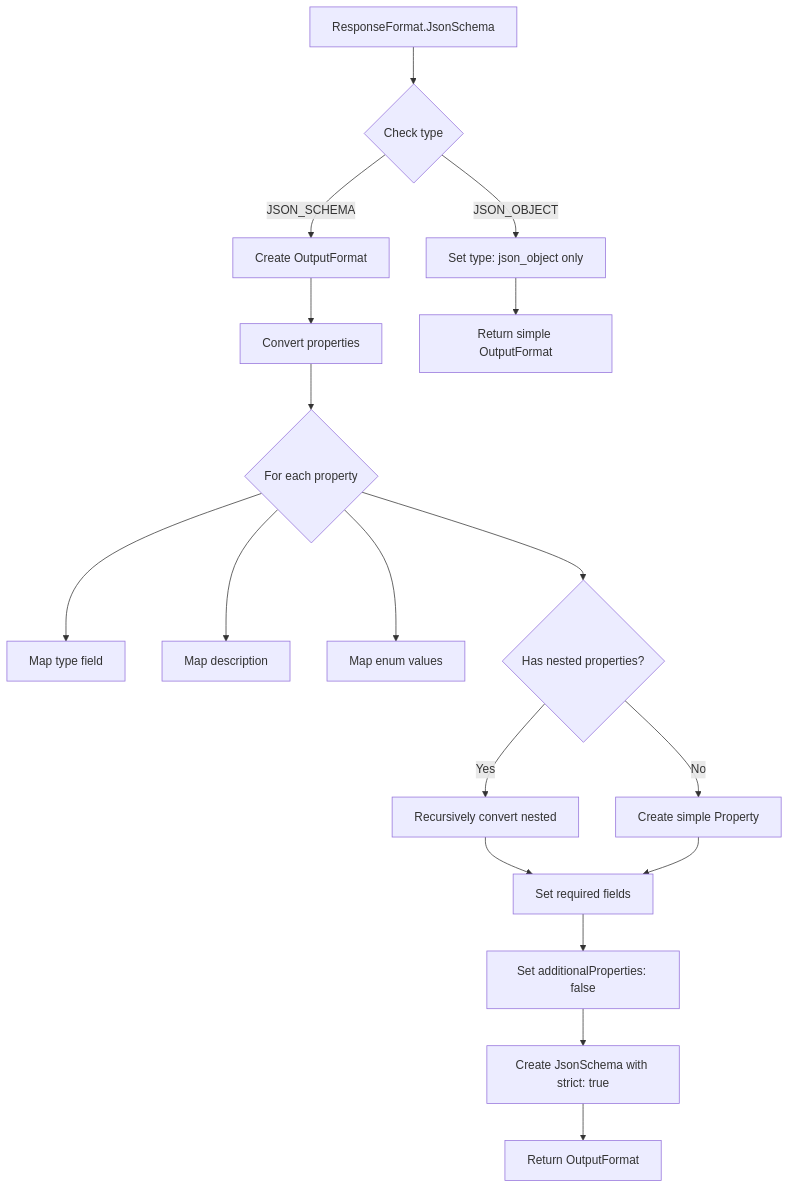
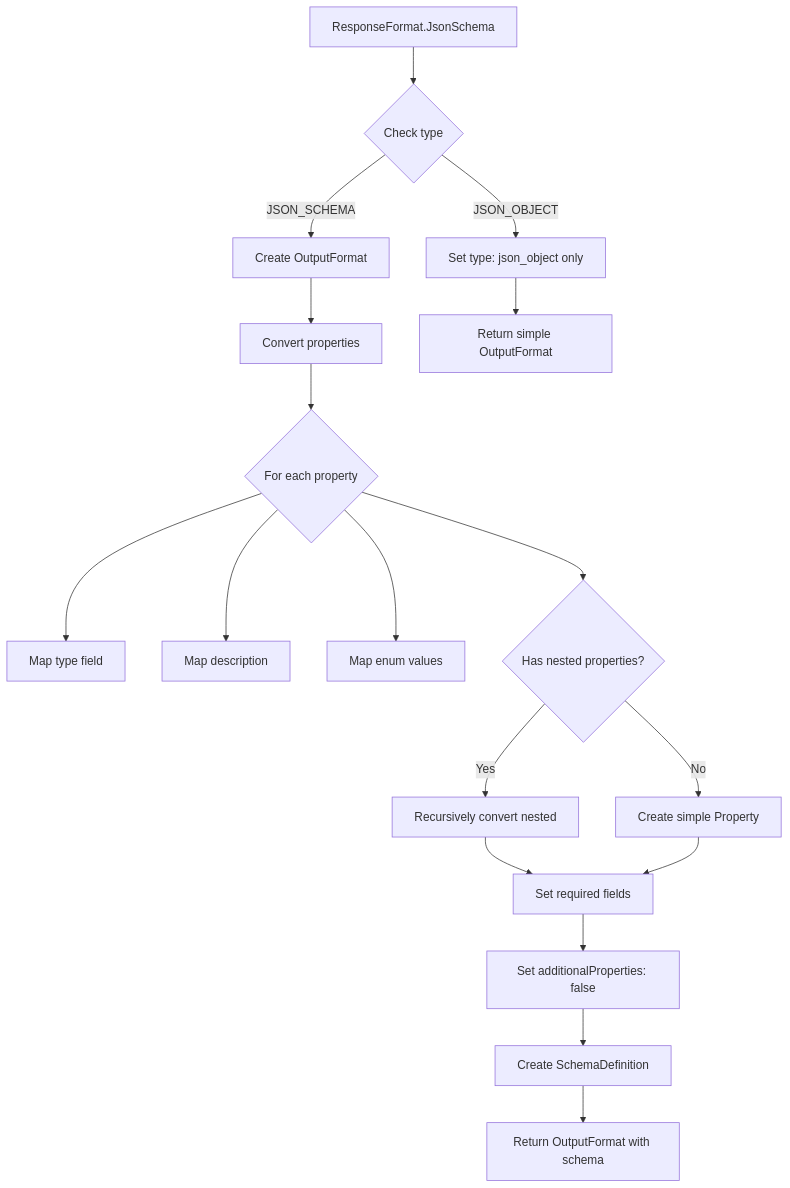
One commit to driftkit-ai/driftkit-framework changed the fourth of 19 diagrams in docs/STRUCTURED_OUTPUTS_IMPLEMENTATION.md. Above: the diagram before and after it, drawn with Mermaid. The commit also changed other lines of this file and 5 other files, not shown here.

````diff
--- a/docs/STRUCTURED_OUTPUTS_IMPLEMENTATION.md
+++ b/docs/STRUCTURED_OUTPUTS_IMPLEMENTATION.md
@@ -147,24 +140,24 @@
 ```mermaid
 flowchart TD
     A[ResponseFormat.JsonSchema] --> B{Check type}
     B -->|JSON_SCHEMA| C[Create OutputFormat]
     B -->|JSON_OBJECT| D[Set type: json_object only]
 
     C --> E[Convert properties]
     E --> F{For each property}
     F --> G[Map type field]
     F --> H[Map description]
     F --> I[Map enum values]
     F --> J{Has nested properties?}
 
     J -->|Yes| K[Recursively convert nested]
     J -->|No| L[Create simple Property]
 
     K --> M[Set required fields]
     L --> M
     M --> N[Set additionalProperties: false]
-    N --> O[Create JsonSchema with strict: true]
-    O --> P[Return OutputFormat]
+    N --> O[Create SchemaDefinition]
+    O --> P[Return OutputFormat with schema]
 
     D --> Q[Return simple OutputFormat]
 ```
````
